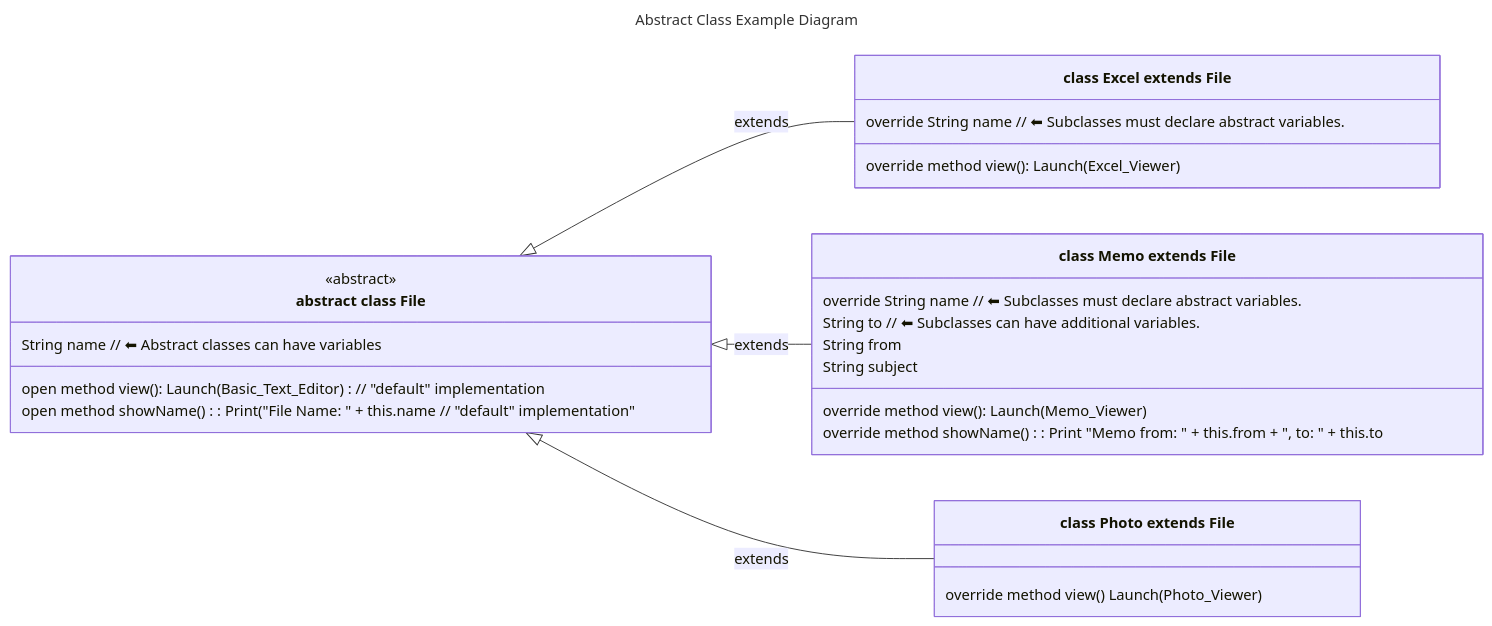
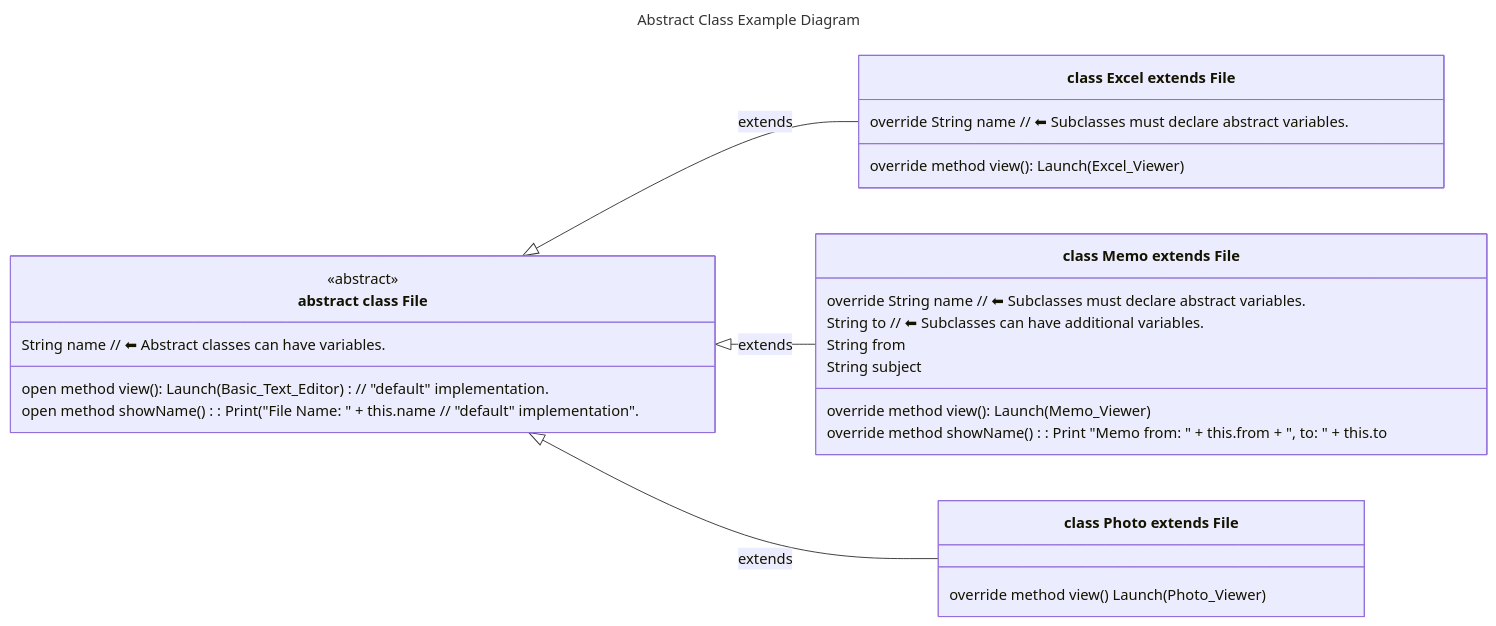
Before and after one commit to realityexpander/How_to_program_from_ground_up: the fourth of 6 diagrams in 09-ClassOrientedProgramming.md, drawn with Mermaid. The commit also changed other lines of this file, not shown here.

Commit message:
imrpve chart

````diff
--- a/09-ClassOrientedProgramming.md
+++ b/09-ClassOrientedProgramming.md
@@ -516,34 +519,34 @@
     ```mermaid
     ---
     title: Abstract Class Example Diagram
       
     ---
     classDiagram
     direction LR
     File <|-- Excel : extends
     File <|-- Memo : extends
     File <|-- Photo : extends
       
     class File["abstract class File"] {
-       String name  // ⬅︎ Abstract classes can have variables
-       open method view(): Launch(Basic_Text_Editor)  // "default" implementation
-       open method showName():  Print("File Name: " + this.name // "default" implementation"
+       String name  // ⬅︎ Abstract classes can have variables.
+       open method view(): Launch(Basic_Text_Editor)  // "default" implementation.
+       open method showName():  Print("File Name: " + this.name // "default" implementation".
     }
     <<abstract>> File 
       
     class Excel["class Excel extends File"] {
        override String name // ⬅︎ Subclasses must declare abstract variables.
        override method view(): Launch(Excel_Viewer) 
     }
     class Memo["class Memo extends File"] {
        override String name // ⬅︎ Subclasses must declare abstract variables.
        String to  // ⬅︎ Subclasses can have additional variables.
        String from
        String subject
        override method view(): Launch(Memo_Viewer) 
        override method showName(): Print "Memo from: " + this.from + ", to: " + this.to
     }
     class Photo["class Photo extends File"] {
        override method view() Launch(Photo_Viewer)
     }
     ```
````
